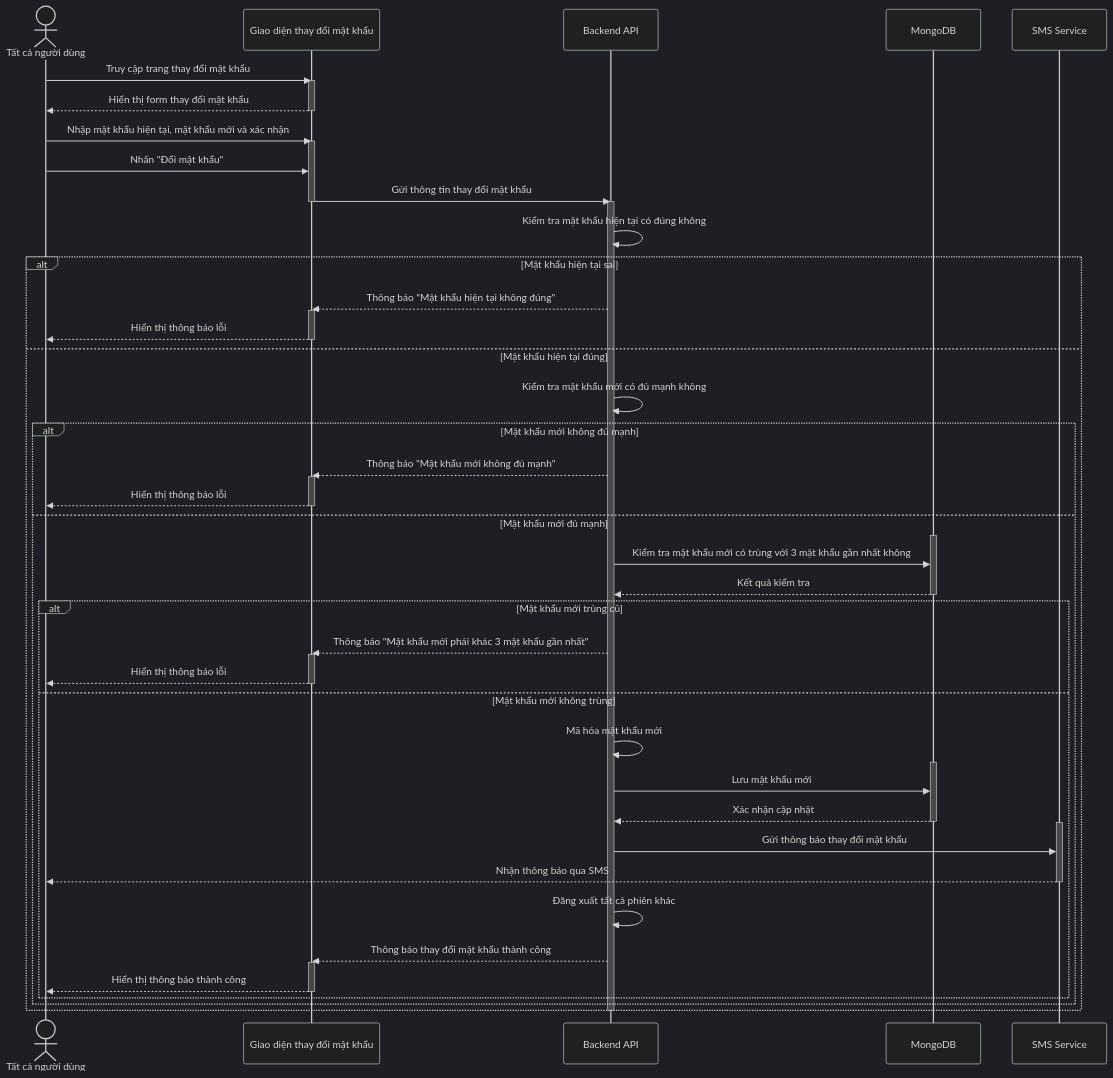
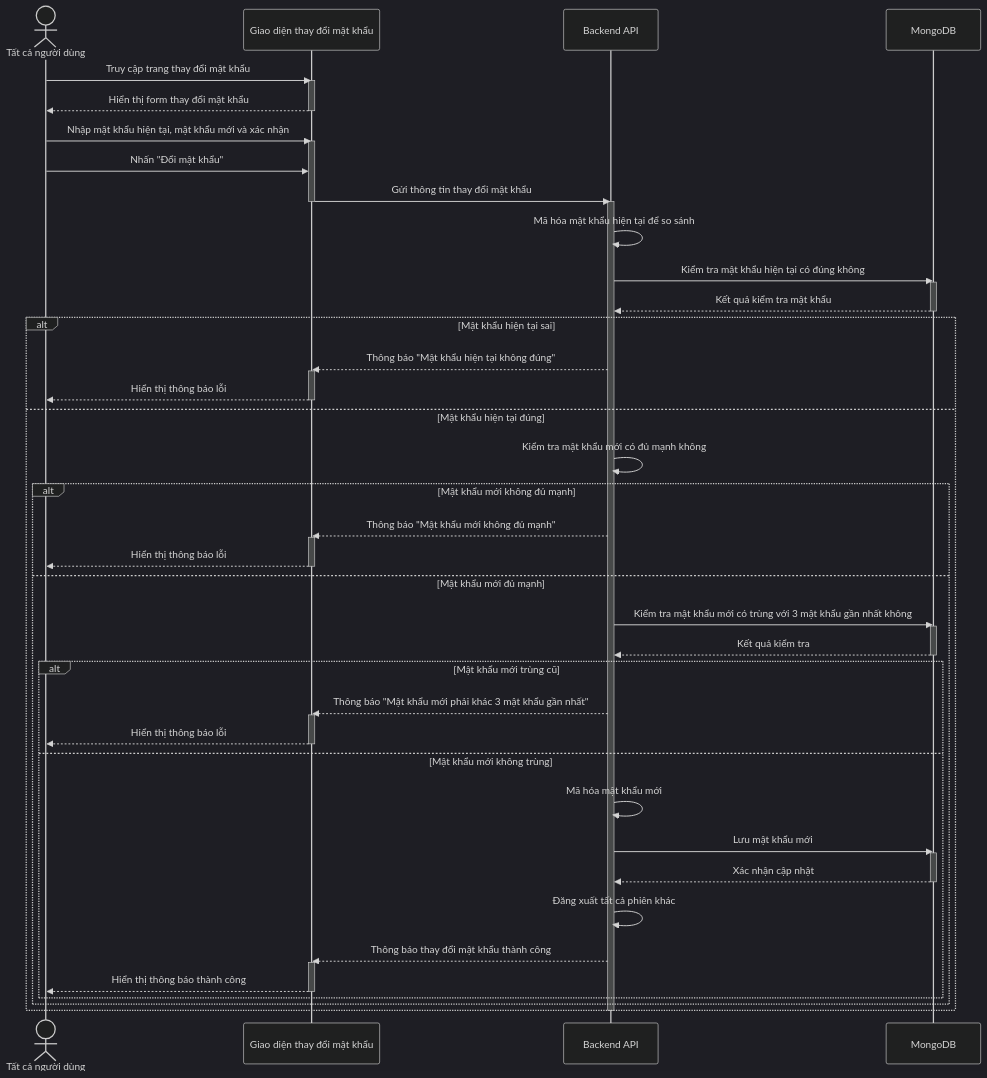
The fifth of 39 diagrams in Complete_Use_Case_Sequence_Diagrams.md (Thienpkae/DATN), drawn with Mermaid (dark theme) before and after one commit. The commit also changed other lines of this file and 50 other files, not shown here.

````diff
--- a/Complete_Use_Case_Sequence_Diagrams.md
+++ b/Complete_Use_Case_Sequence_Diagrams.md
@@ -375,69 +322,67 @@
 ```mermaid
 sequenceDiagram
     actor User as Tất cả người dùng
     participant UI as Giao diện thay đổi mật khẩu
     participant API as Backend API
     participant DB as MongoDB
-    participant SMS as SMS Service
 
     User ->> UI: Truy cập trang thay đổi mật khẩu
     activate UI
     UI -->> User: Hiển thị form thay đổi mật khẩu
     deactivate UI
 
     User ->> UI: Nhập mật khẩu hiện tại, mật khẩu mới và xác nhận
     activate UI
     User ->> UI: Nhấn "Đổi mật khẩu"
     UI ->> API: Gửi thông tin thay đổi mật khẩu
     deactivate UI
 
     activate API
-    API ->> API: Kiểm tra mật khẩu hiện tại có đúng không
+    API ->> API: Mã hóa mật khẩu hiện tại để so sánh
+    API ->> DB: Kiểm tra mật khẩu hiện tại có đúng không
+    activate DB
+    DB -->> API: Kết quả kiểm tra mật khẩu
+    deactivate DB
 
     alt Mật khẩu hiện tại sai
         API -->> UI: Thông báo "Mật khẩu hiện tại không đúng"
         activate UI
         UI -->> User: Hiển thị thông báo lỗi
         deactivate UI
     else Mật khẩu hiện tại đúng
         API ->> API: Kiểm tra mật khẩu mới có đủ mạnh không
 
         alt Mật khẩu mới không đủ mạnh
             API -->> UI: Thông báo "Mật khẩu mới không đủ mạnh"
             activate UI
             UI -->> User: Hiển thị thông báo lỗi
             deactivate UI
         else Mật khẩu mới đủ mạnh
+            API ->> DB: Kiểm tra mật khẩu mới có trùng với 3 mật khẩu gần nhất không
             activate DB
-            API ->> DB: Kiểm tra mật khẩu mới có trùng với 3 mật khẩu gần nhất không
             DB -->> API: Kết quả kiểm tra
             deactivate DB
 
             alt Mật khẩu mới trùng cũ
                 API -->> UI: Thông báo "Mật khẩu mới phải khác 3 mật khẩu gần nhất"
                 activate UI
                 UI -->> User: Hiển thị thông báo lỗi
                 deactivate UI
             else Mật khẩu mới không trùng
                 API ->> API: Mã hóa mật khẩu mới
+                API ->> DB: Lưu mật khẩu mới
                 activate DB
-                API ->> DB: Lưu mật khẩu mới
                 DB -->> API: Xác nhận cập nhật
                 deactivate DB
-
-                activate SMS
-                API ->> SMS: Gửi thông báo thay đổi mật khẩu
-                SMS -->> User: Nhận thông báo qua SMS
-                deactivate SMS
 
                 API ->> API: Đăng xuất tất cả phiên khác
                 API -->> UI: Thông báo thay đổi mật khẩu thành công
                 activate UI
                 UI -->> User: Hiển thị thông báo thành công
                 deactivate UI
             end
         end
     end
 
     deactivate API
 ```
````
